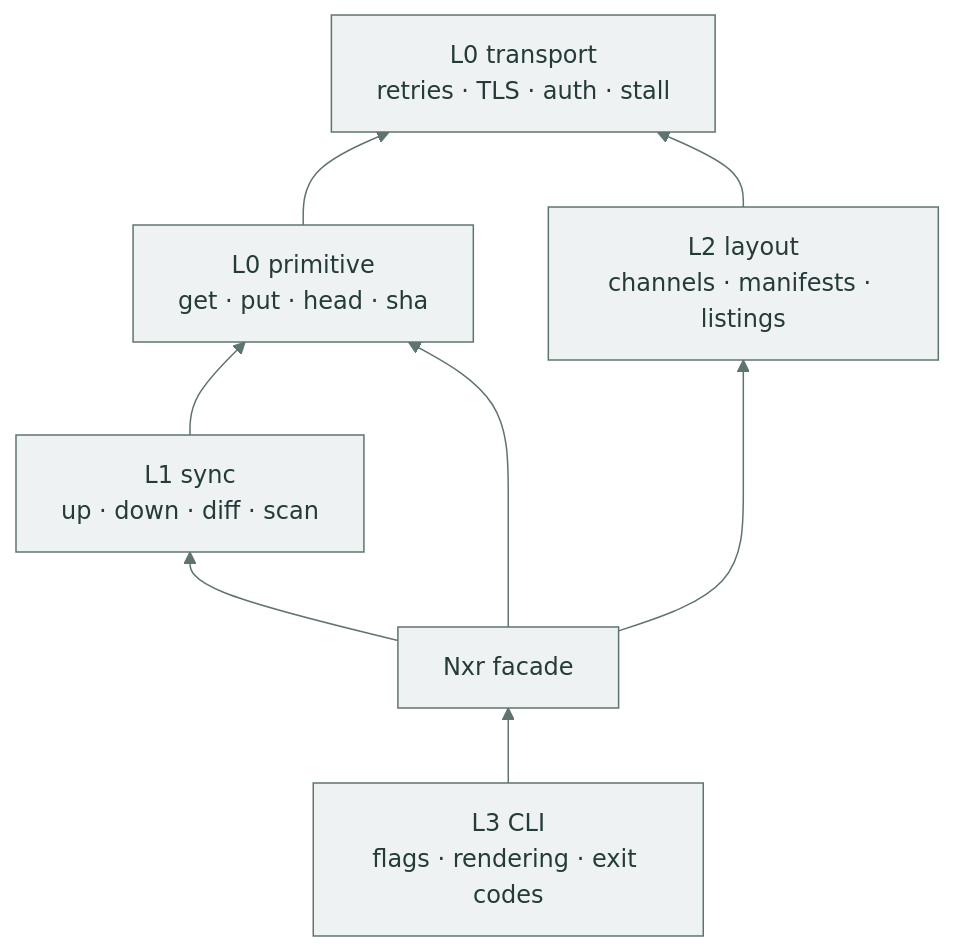
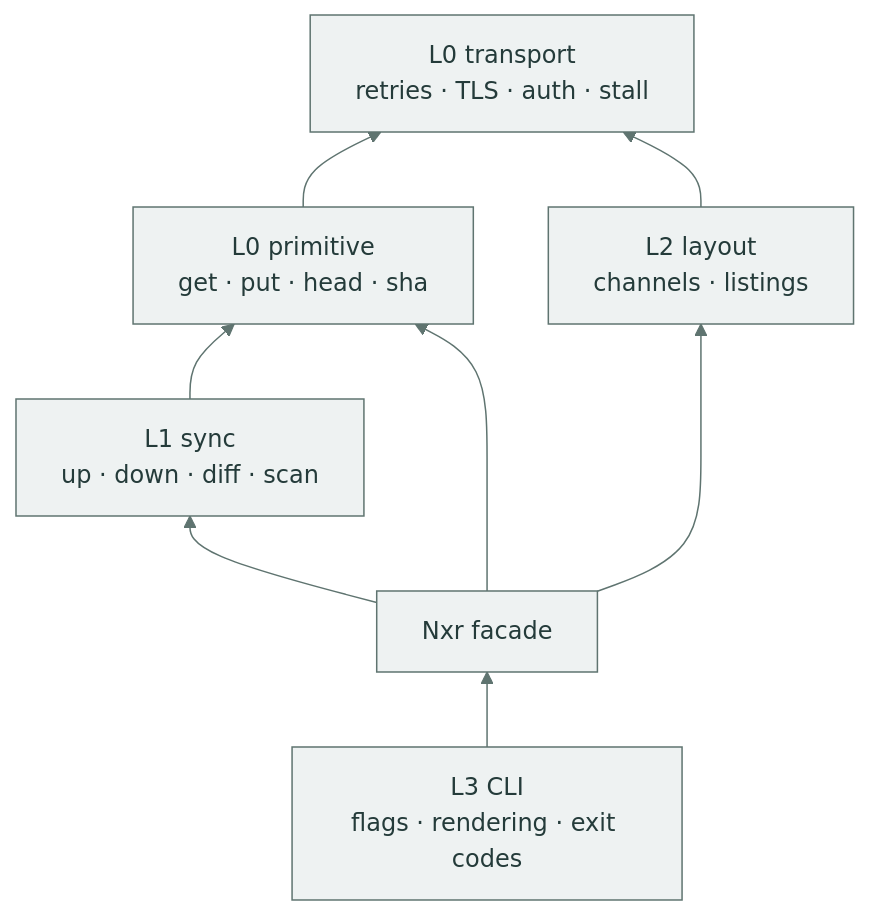
One commit to Lipen/nexus-raw changed the diagram in docs/reference/api.md. Above: the diagram before and after it, drawn with Mermaid. The commit also changed other lines of this file and 40 other files, not shown here.

````diff
--- a/docs/reference/api.md
+++ b/docs/reference/api.md
@@ -21,17 +21,17 @@
 ```mermaid
 %%{init: {"theme": "base", "themeVariables": {"primaryColor": "#eef2f2", "primaryTextColor": "#243b3a", "primaryBorderColor": "#5f7470", "lineColor": "#5f7470", "fontFamily": "inherit"}}}%%
 flowchart BT
     T["L0 transport<br/>retries · TLS · auth · stall"]
     P["L0 primitive<br/>get · put · head · sha"]
     S["L1 sync<br/>up · down · diff · scan"]
-    L["L2 layout<br/>channels · manifests · listings"]
+    L["L2 layout<br/>channels · listings"]
     F["Nxr facade"]
     C["L3 CLI<br/>flags · rendering · exit codes"]
     P --> T
     S --> P
     L --> T
     F --> S
     F --> L
     F --> P
     C --> F
 ```
````
